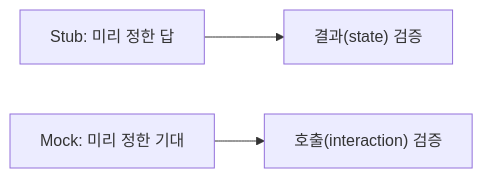
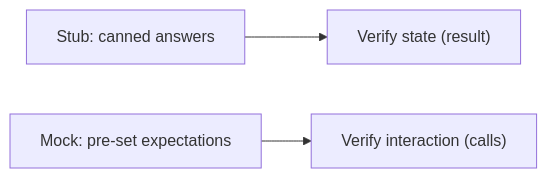
The diagram in content/testing-101/ko/06-mock-and-stub.md (yeongseon-books/book-content), drawn with Mermaid before and after one commit. The commit also changed other lines of this file and 9 other files, not shown here.

````diff
--- a/content/testing-101/ko/06-mock-and-stub.md
+++ b/content/testing-101/ko/06-mock-and-stub.md
@@ -35,5 +51,5 @@
 ```mermaid
 flowchart LR
-    Stub["Stub: 미리 정한 답"] --> State["결과(state) 검증"]
-    Mock["Mock: 미리 정한 기대"] --> Interact["호출(interaction) 검증"]
+    Stub["Stub: canned answers"] --> State["Verify state (result)"]
+    Mock["Mock: pre-set expectations"] --> Interact["Verify interaction (calls)"]
 ```
````
